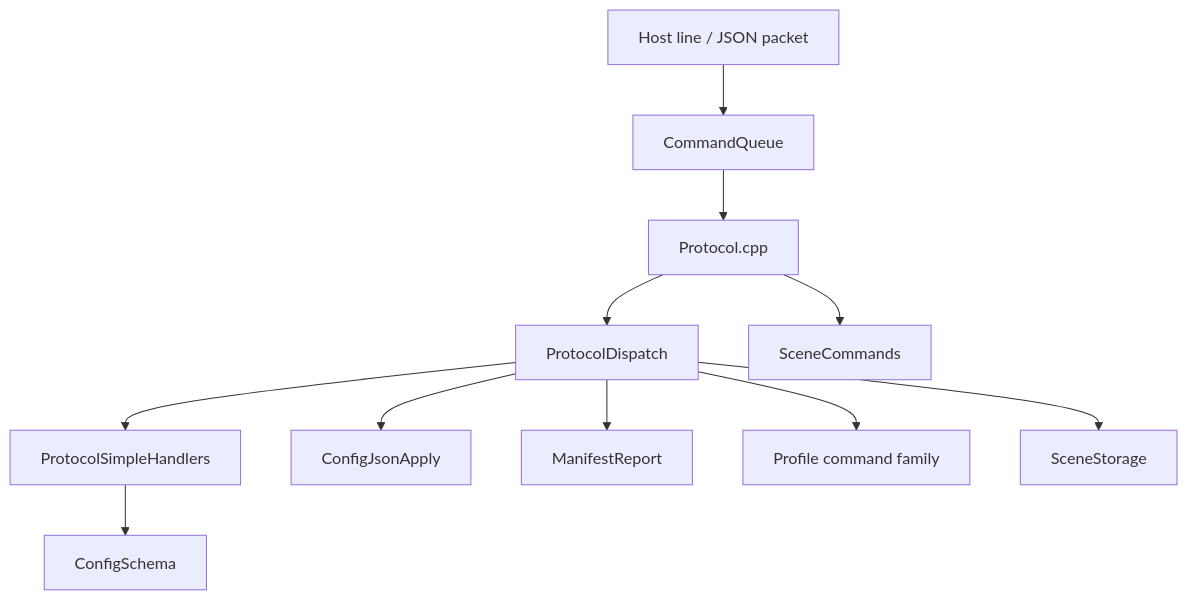
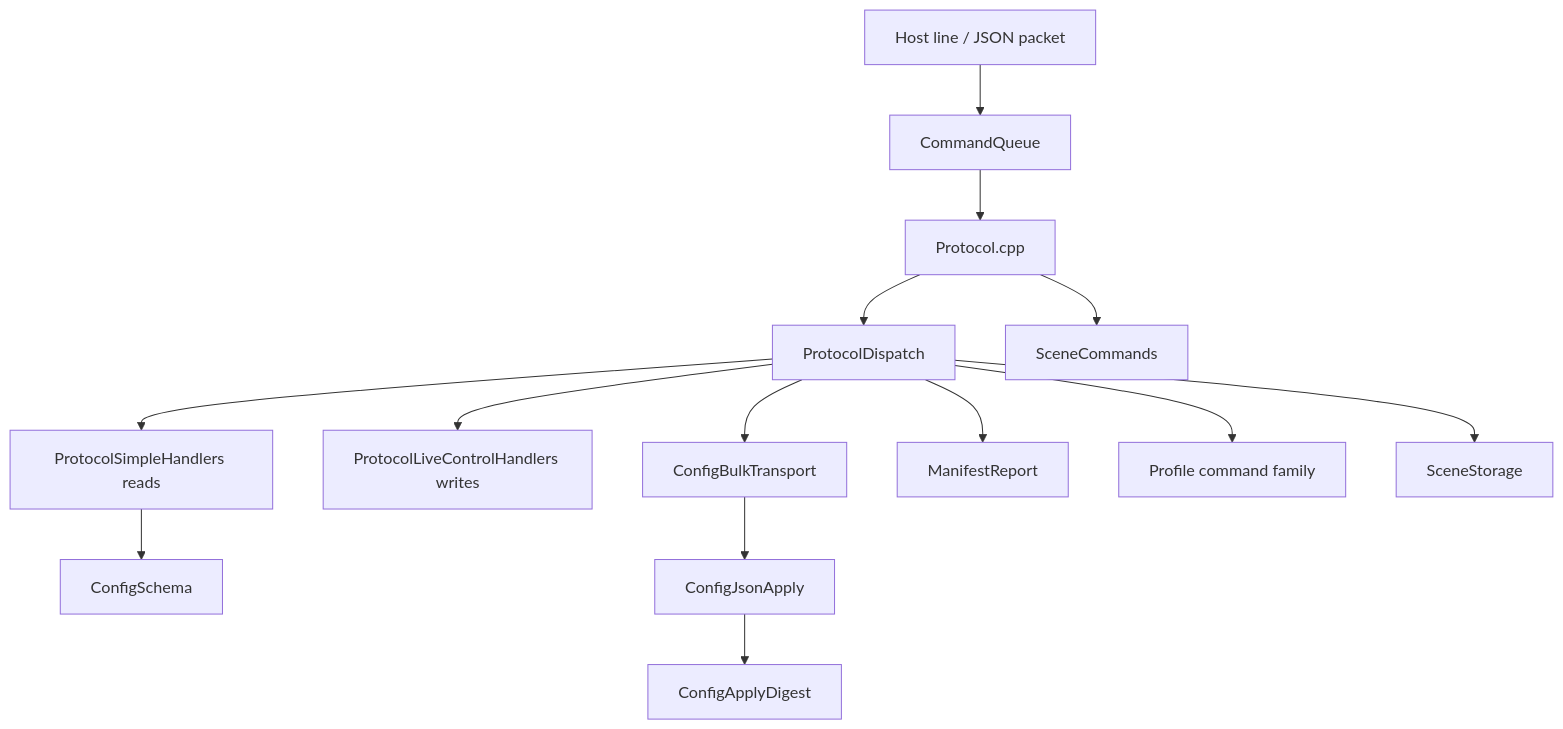
The diagram in docs/firmware/ProtocolStackReadingPath.md (bseverns/MOARkNOBS-42), drawn with Mermaid before and after one commit. The commit also changed other lines of this file and 15 other files, not shown here.

Commit message:
Config apply & handlers

````diff
--- a/docs/firmware/ProtocolStackReadingPath.md
+++ b/docs/firmware/ProtocolStackReadingPath.md
@@ -47,13 +47,16 @@
 ```mermaid
 flowchart TD
   Host[Host line / JSON packet] --> Queue[CommandQueue]
   Queue --> Protocol[Protocol.cpp]
   Protocol --> Dispatch[ProtocolDispatch]
   Protocol --> SceneJson[SceneCommands]
-  Dispatch --> Simple[ProtocolSimpleHandlers]
+  Dispatch --> Simple[ProtocolSimpleHandlers reads]
+  Dispatch --> Live[ProtocolLiveControlHandlers writes]
   Simple --> Schema[ConfigSchema]
-  Dispatch --> Bulk[ConfigJsonApply]
+  Dispatch --> BulkTransport[ConfigBulkTransport]
+  BulkTransport --> BulkApply[ConfigJsonApply]
+  BulkApply --> Digest[ConfigApplyDigest]
   Dispatch --> Manifest[ManifestReport]
   Dispatch --> Profile[Profile command family]
   Dispatch --> Scenes[SceneStorage]
 ```
````
